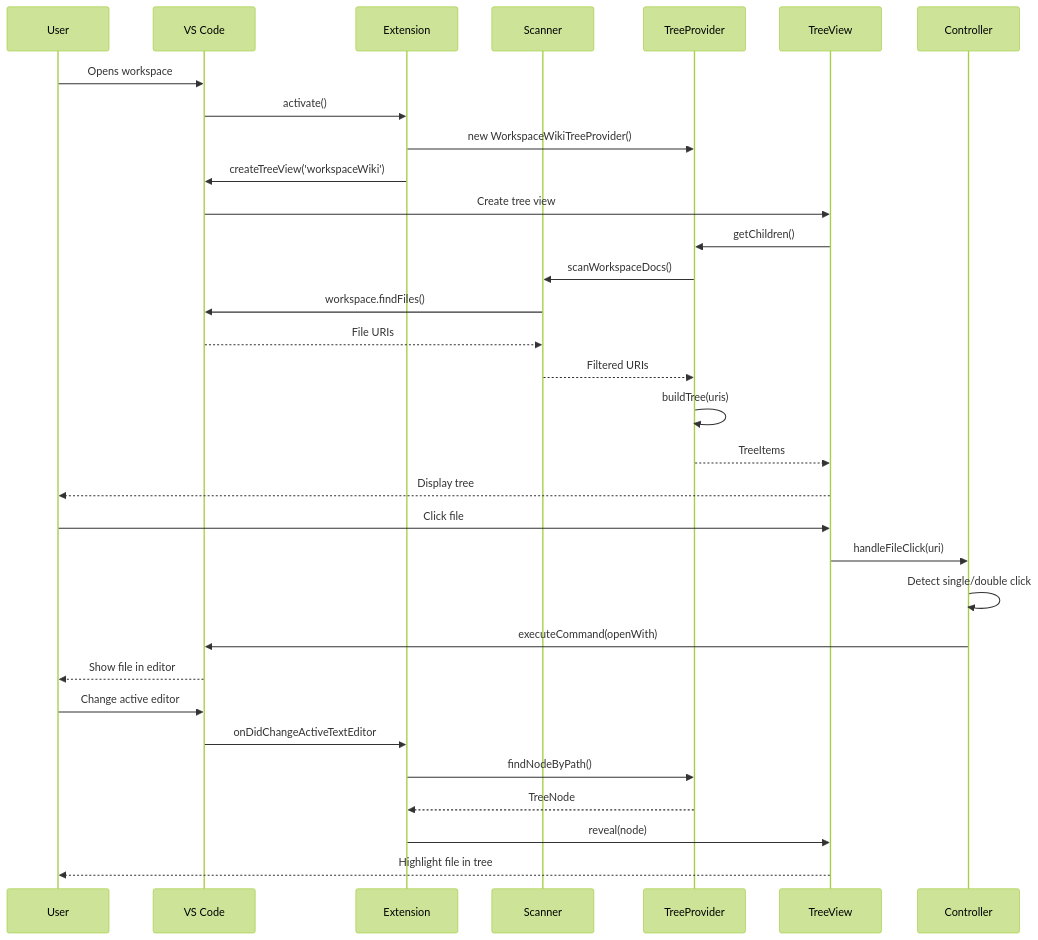
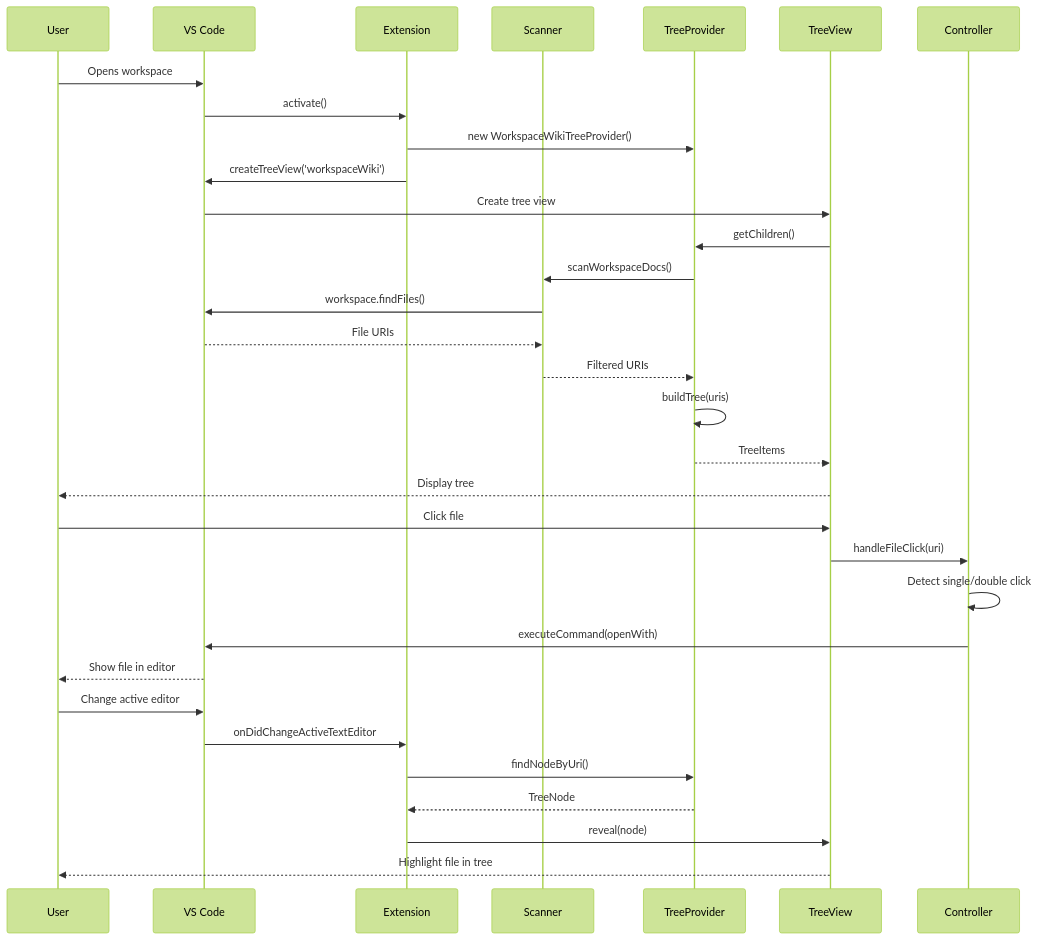
The second of 2 diagrams in docs/architecture/index.md (AlexJSully/workspace-wiki), drawn with Mermaid (forest theme) before and after one commit. The commit also changed other lines of this file and 52 other files, not shown here.

````diff
--- a/docs/architecture/index.md
+++ b/docs/architecture/index.md
@@ -128,40 +142,40 @@
 ```mermaid
 sequenceDiagram
     accTitle: Workspace Wiki Data Flow
     accDescr: Shows the sequence from workspace open through extension activation, tree rendering, file click handling, and active-editor sync back to the user.
     participant User
     participant VSCode as VS Code
     participant Extension
     participant Scanner
     participant TreeProvider
     participant TreeView
     participant Controller
 
     User->>VSCode: Opens workspace
     VSCode->>Extension: activate()
     Extension->>TreeProvider: new WorkspaceWikiTreeProvider()
     Extension->>VSCode: createTreeView('workspaceWiki')
     VSCode->>TreeView: Create tree view
 
     TreeView->>TreeProvider: getChildren()
     TreeProvider->>Scanner: scanWorkspaceDocs()
     Scanner->>VSCode: workspace.findFiles()
     VSCode-->>Scanner: File URIs
     Scanner-->>TreeProvider: Filtered URIs
     TreeProvider->>TreeProvider: buildTree(uris)
     TreeProvider-->>TreeView: TreeItems
     TreeView-->>User: Display tree
 
     User->>TreeView: Click file
     TreeView->>Controller: handleFileClick(uri)
     Controller->>Controller: Detect single/double click
     Controller->>VSCode: executeCommand(openWith)
     VSCode-->>User: Show file in editor
 
     User->>VSCode: Change active editor
     VSCode->>Extension: onDidChangeActiveTextEditor
-    Extension->>TreeProvider: findNodeByPath()
+    Extension->>TreeProvider: findNodeByUri()
     TreeProvider-->>Extension: TreeNode
     Extension->>TreeView: reveal(node)
     TreeView-->>User: Highlight file in tree
 ```
````
